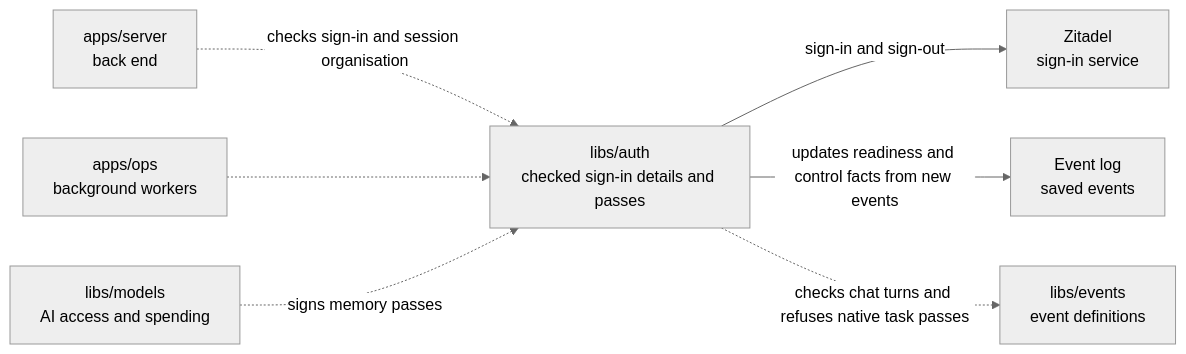
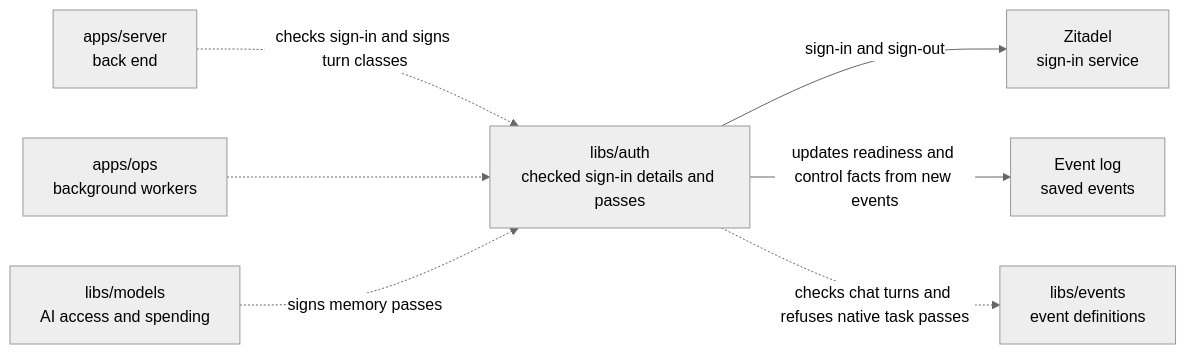
The diagram in libs/auth/README.md (elewa-git/opencrane-new), drawn with Mermaid (neutral theme) before and after one commit. The commit also changed other lines of this file and 6 other files, not shown here.

Commit message:
📝 Explain child output checks and renewed passes

````diff
--- a/libs/auth/README.md
+++ b/libs/auth/README.md
@@ -11,9 +11,9 @@
 ```mermaid
 flowchart LR
-  server["apps/server<br/>back end"] -.->|checks sign-in and session organisation| auth["libs/auth<br/>checked sign-in details and passes"]
+  server["apps/server<br/>back end"] -.->|checks sign-in and signs turn classes| auth["libs/auth<br/>checked sign-in details and passes"]
   ops["apps/ops<br/>background workers"] -.-> auth
   models["libs/models<br/>AI access and spending"] -.->|signs memory passes| auth
   auth -->|sign-in and sign-out| zitadel["Zitadel<br/>sign-in service"]
   auth -->|updates readiness and control facts from new events| events["Event log<br/>saved events"]
   auth -.->|checks chat turns and refuses native task passes| catalogue["libs/events<br/>event definitions"]
 ```
````
